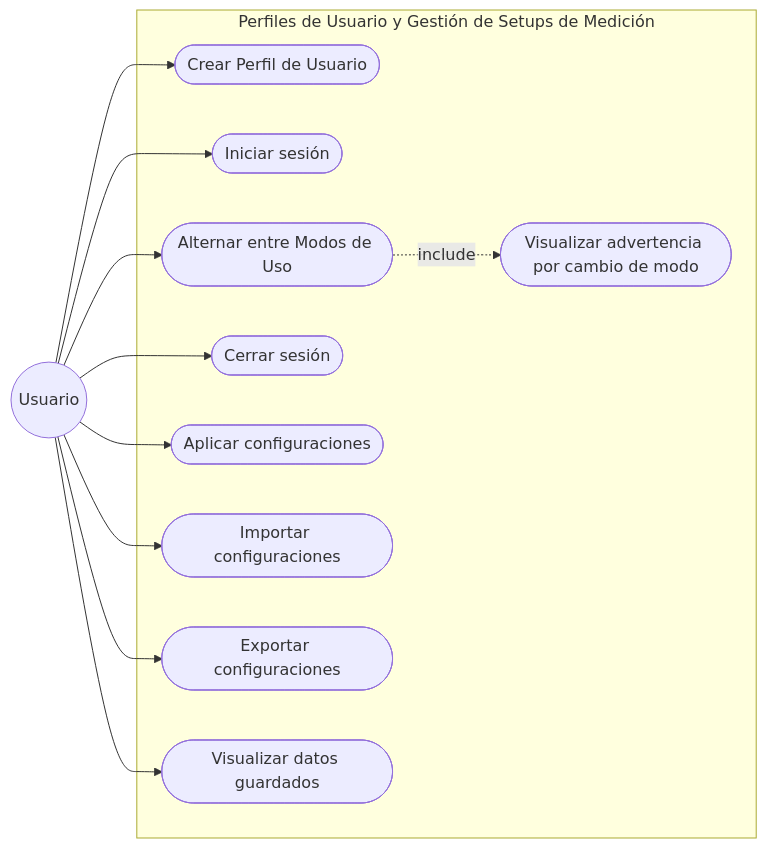
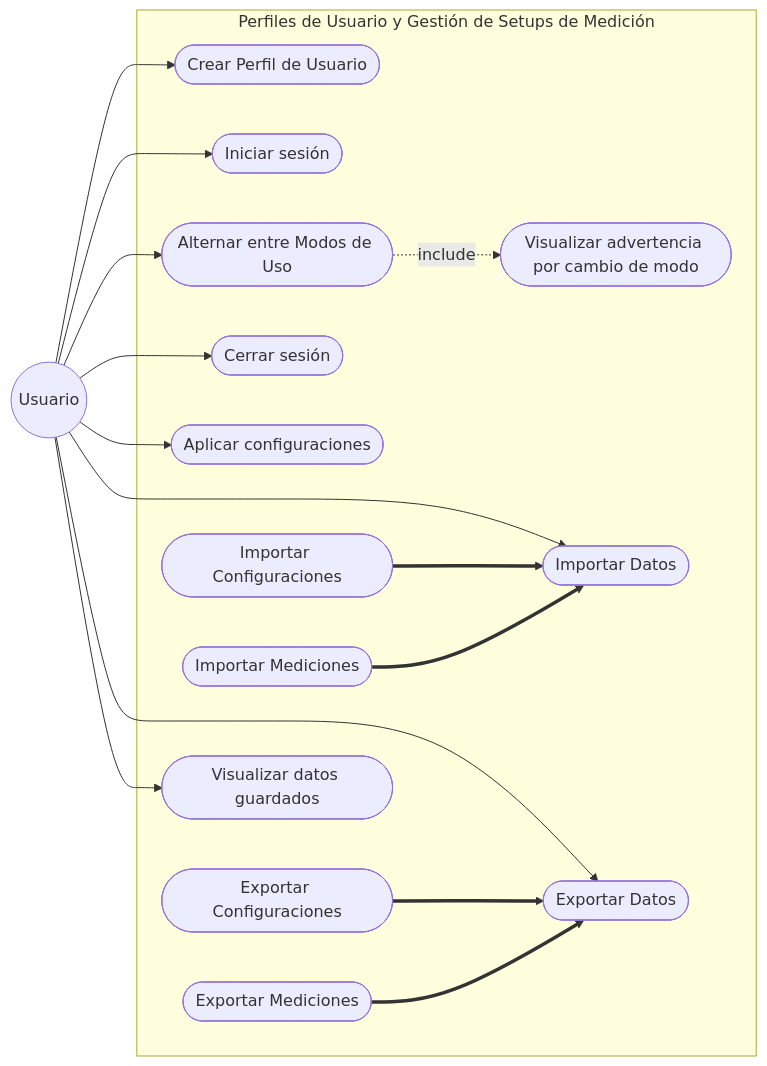
Before and after one commit to alegrelias/Repo-GMini: the fourth of 5 diagrams in Gmini-MarkDown/Diagramas/Diagramas de CU.md, drawn with Mermaid. The commit also changed other lines of this file, not shown here.

Commit message:
Se modifican diagramas de CU

````diff
--- a/Gmini-MarkDown/Diagramas/Diagramas de CU.md
+++ b/Gmini-MarkDown/Diagramas/Diagramas de CU.md
@@ -91,31 +91,43 @@
 ```mermaid
 flowchart LR
 %% Actores
 Usuario((Usuario))
 
 subgraph Perfiles de Usuario y Gestión de Setups de Medición
 	CU19([Crear Perfil de Usuario])
 	CU20([Iniciar sesión])
 	CU21([Alternar entre Modos de Uso])
 	CU22([Cerrar sesión])
 	CU23([Visualizar advertencia por cambio de modo])
 	CU24([Aplicar configuraciones])
-	CU25([Importar configuraciones])
-	CU26([Exportar configuraciones])
-	CU27([Visualizar datos guardados])
+	CU25([Importar Datos])
+	CU26([Exportar Datos])
+	CU27([Importar Configuraciones])
+	CU28([Exportar Configuraciones])
+	CU29([Importar Mediciones])
+	CU30([Exportar Mediciones])
+	CU31([Visualizar datos guardados])
 end
 
 %% Asociaciones
 Usuario --> CU19
 Usuario --> CU20
 Usuario --> CU21
 Usuario --> CU22
 Usuario --> CU24
 Usuario --> CU25
 Usuario --> CU26
-Usuario --> CU27
+Usuario --> CU31
 
 %% Relaciones Include/Extend
 
 CU21 -.include.-> CU23
+
+%% generalización
+
+CU27 ==> CU25
+CU29 ==> CU25
+
+CU28 ==> CU26
+CU30 ==> CU26
 ```
````
